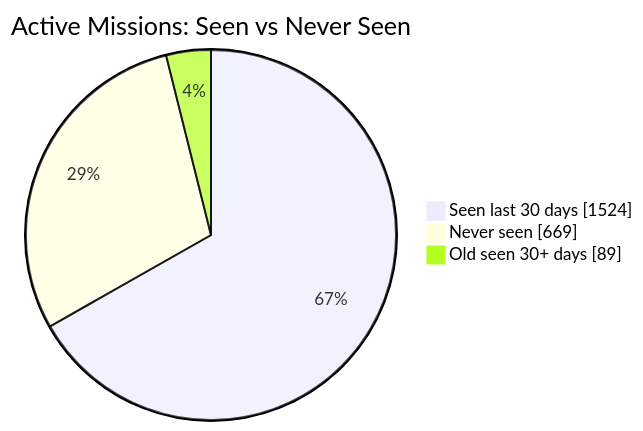
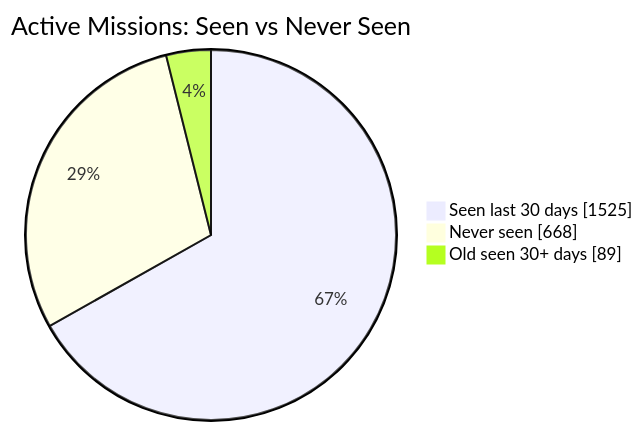
The first of 2 diagrams in README.md (MeldkamerspelGameTeam/active-missions), drawn with Mermaid before and after one commit. The commit also changed other lines of this file and 2 other files, not shown here.

````diff
--- a/README.md
+++ b/README.md
@@ -34,7 +34,7 @@
 ```mermaid
 pie showData
     title Active Missions: Seen vs Never Seen
-    "Seen last 30 days" : 1524
-    "Never seen" : 669
+    "Seen last 30 days" : 1525
+    "Never seen" : 668
     "Old seen 30+ days" : 89
 ```
````
